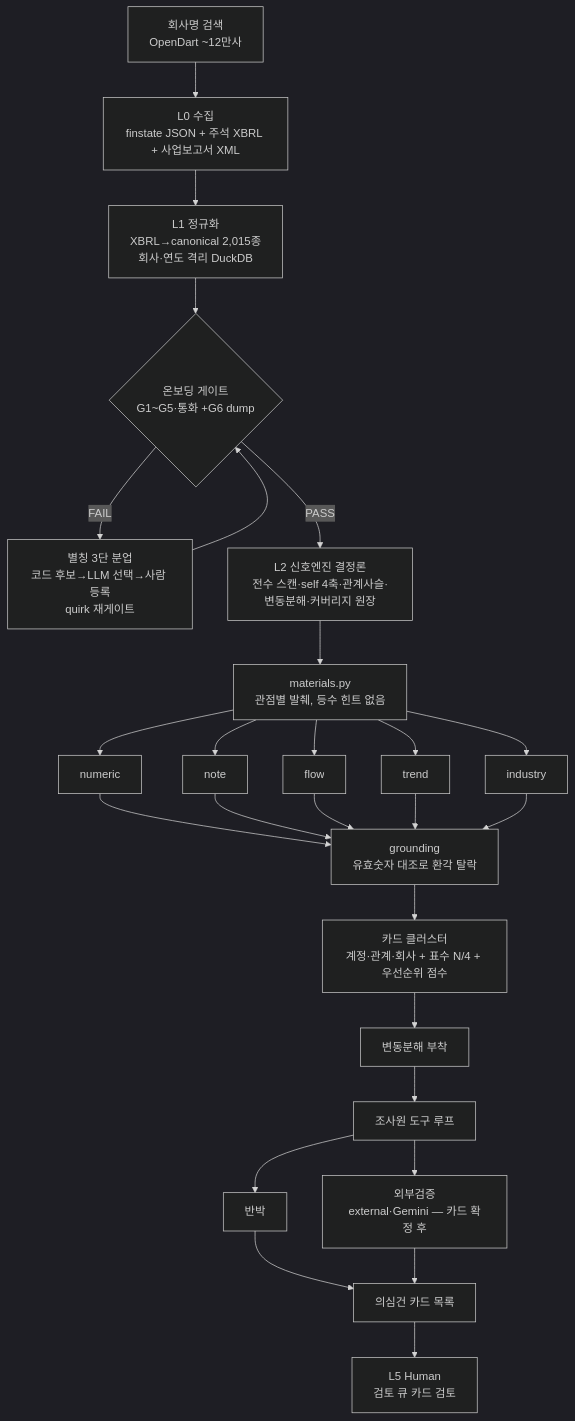
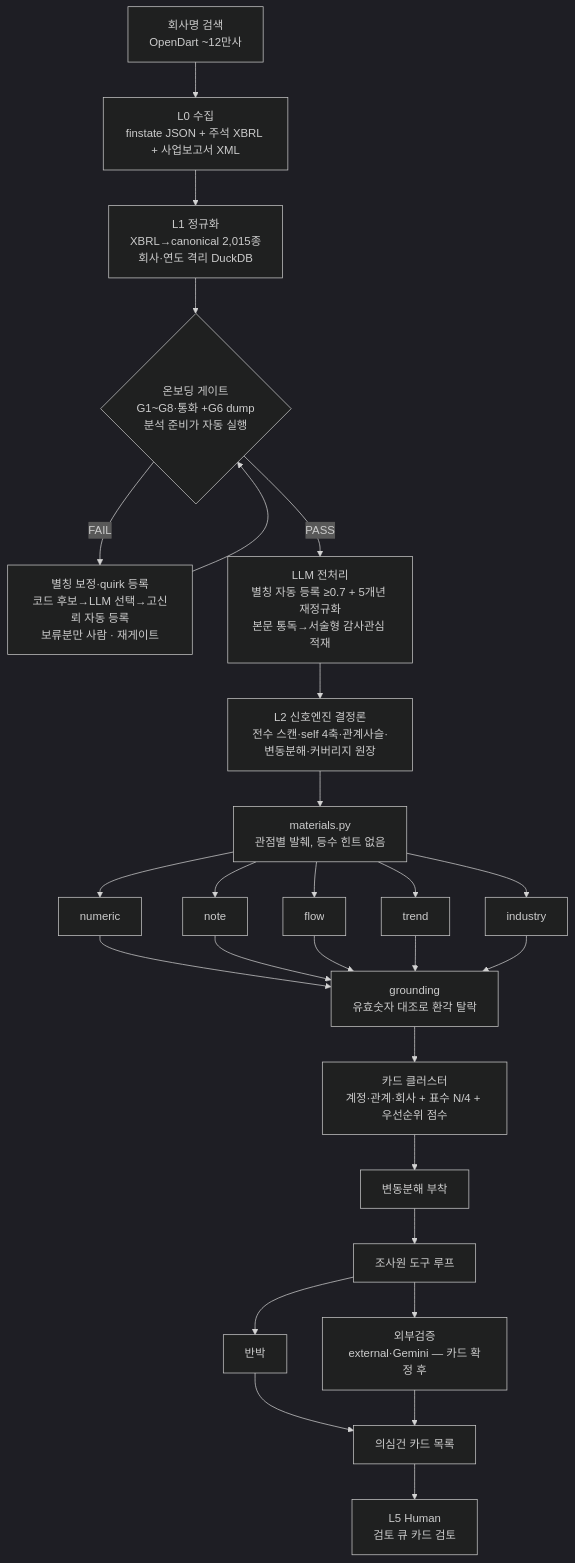
One commit to ghdtjrgns321-creator/fs-multi-analyzer changed the diagram in FINAL-REPORT/2_PIPELINE.md. Above: the diagram before and after it, drawn with Mermaid (dark theme). The commit also changed other lines of this file and 12 other files, not shown here.

````diff
--- a/FINAL-REPORT/2_PIPELINE.md
+++ b/FINAL-REPORT/2_PIPELINE.md
@@ -5,23 +5,24 @@
 ```mermaid
 flowchart TD
     A[회사명 검색<br/>OpenDart ~12만사] --> B[L0 수집<br/>finstate JSON + 주석 XBRL + 사업보고서 XML]
     B --> C[L1 정규화<br/>XBRL→canonical 2,015종<br/>회사·연도 격리 DuckDB]
-    C --> G{온보딩 게이트<br/>G1~G5·통화 +G6 dump}
-    G -->|FAIL| Q[별칭 3단 분업<br/>코드 후보→LLM 선택→사람 등록<br/>quirk 재게이트]
+    C --> G{온보딩 게이트<br/>G1~G8·통화 +G6 dump<br/>분석 준비가 자동 실행}
+    G -->|FAIL| Q[별칭 보정·quirk 등록<br/>코드 후보→LLM 선택→고신뢰 자동 등록<br/>보류분만 사람 · 재게이트]
     Q --> G
-    G -->|PASS| S[L2 신호엔진 결정론<br/>전수 스캔·self 4축·관계사슬·변동분해·커버리지 원장]
+    G -->|PASS| OB[LLM 전처리<br/>별칭 자동 등록 ≥0.7 + 5개년 재정규화<br/>본문 통독→서술형 감사관심 적재]
+    OB --> S[L2 신호엔진 결정론<br/>전수 스캔·self 4축·관계사슬·변동분해·커버리지 원장]
     S --> M[materials.py<br/>관점별 발췌, 등수 힌트 없음]
     M --> P1[numeric]
     M --> P2[note]
     M --> P3[flow]
     M --> P4[trend]
     M --> P5[industry]
     P1 & P2 & P3 & P4 & P5 --> GR[grounding<br/>유효숫자 대조로 환각 탈락]
     GR --> CB[카드 클러스터<br/>계정·관계·회사 + 표수 N/4 + 우선순위 점수]
     CB --> DEC[변동분해 부착]
     DEC --> INV[조사원 도구 루프]
     INV --> RB[반박]
     INV --> EV[외부검증<br/>external·Gemini — 카드 확정 후]
     RB & EV --> CARD[의심건 카드 목록]
     CARD --> H[L5 Human<br/>검토 큐 카드 검토]
 ```
````
